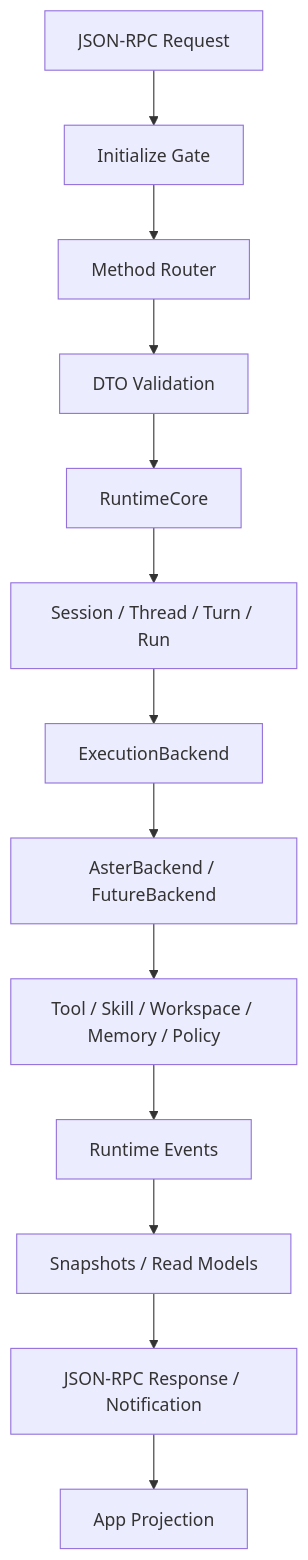
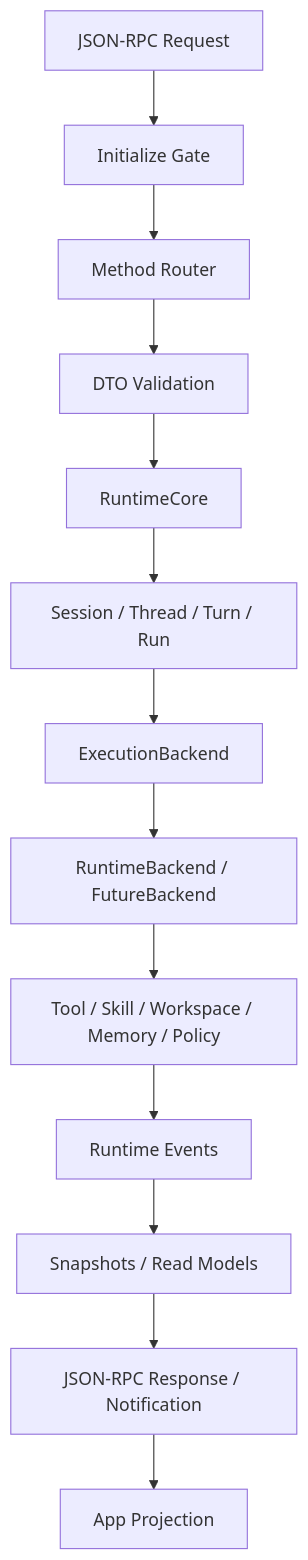
One commit to jiujuan/lime changed the second of 9 diagrams in internal/roadmap/appserver/flowcharts.md. Above: the diagram before and after it, drawn with Mermaid. The commit also changed other lines of this file and 975 other files, not shown here.

````diff
--- a/internal/roadmap/appserver/flowcharts.md
+++ b/internal/roadmap/appserver/flowcharts.md
@@ -27,15 +27,15 @@
 ```mermaid
 flowchart TD
     A["JSON-RPC Request"] --> B["Initialize Gate"]
     B --> C["Method Router"]
     C --> D["DTO Validation"]
     D --> E["RuntimeCore"]
     E --> F["Session / Thread / Turn / Run"]
     F --> G["ExecutionBackend"]
-    G --> H["AsterBackend / FutureBackend"]
+    G --> H["RuntimeBackend / FutureBackend"]
     H --> I["Tool / Skill / Workspace / Memory / Policy"]
     I --> J["Runtime Events"]
     J --> K["Snapshots / Read Models"]
     K --> L["JSON-RPC Response / Notification"]
     L --> M["App Projection"]
 ```
````
